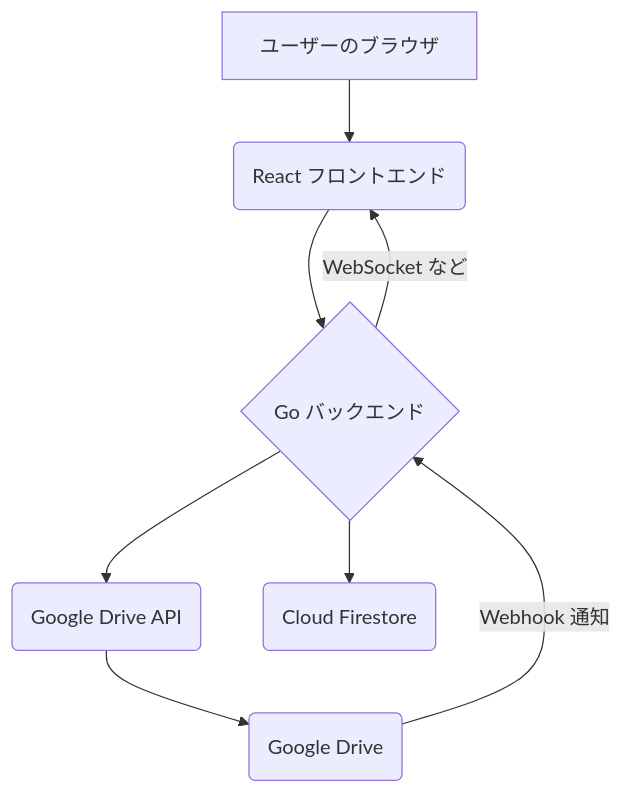
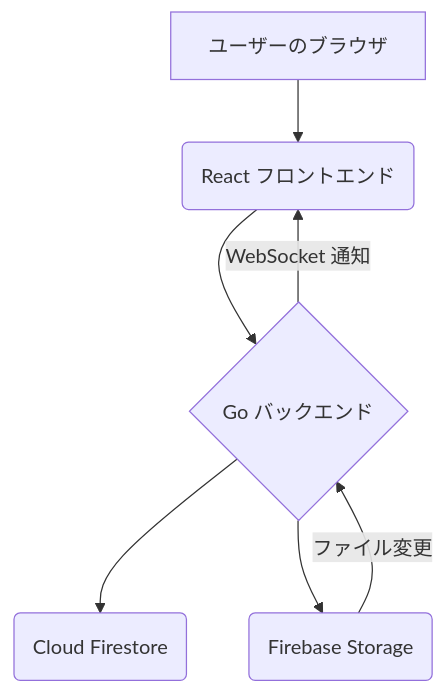
Before and after one commit to NaoyaTAKIMOTO/drive-gallery: the diagram in README.md, drawn with Mermaid. The commit also changed other lines of this file and 19 other files, not shown here.

````diff
--- a/README.md
+++ b/README.md
@@ -22,10 +22,9 @@
 ```mermaid
 graph TD
     A[ユーザーのブラウザ] --> B(React フロントエンド);
     B --> C{Go バックエンド};
-    C --> D(Google Drive API);
-    D --> E(Google Drive);
-    E -- Webhook 通知 --> C;
-    C -- WebSocket など --> B;
     C --> F(Cloud Firestore);
+    C --> G(Firebase Storage);
+    G -- ファイル変更 --> C;
+    C -- WebSocket 通知 --> B;
 ```
````
